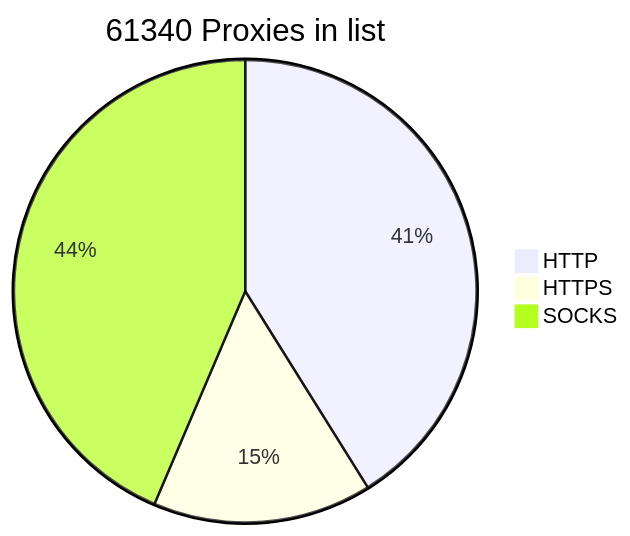
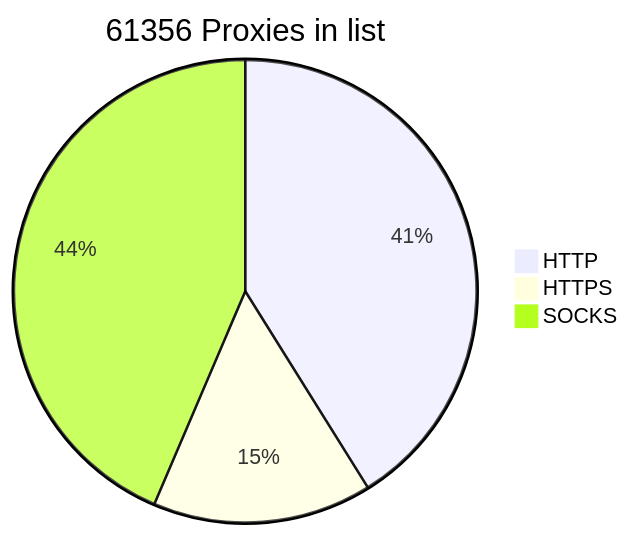
One commit to BlackSnowDot/proxylist-update-every-minute changed the diagram in README.md. Above: the diagram before and after it, drawn with Mermaid.

````diff
--- a/README.md
+++ b/README.md
@@ -2,6 +2,6 @@
 ```mermaid
-pie title 61340 Proxies in list
-    "HTTP" : 28658
-    "HTTPS": 10667
+pie title 61356 Proxies in list
+    "HTTP" : 28665
+    "HTTPS": 10676
     "SOCKS" : 30376
 ```
````
